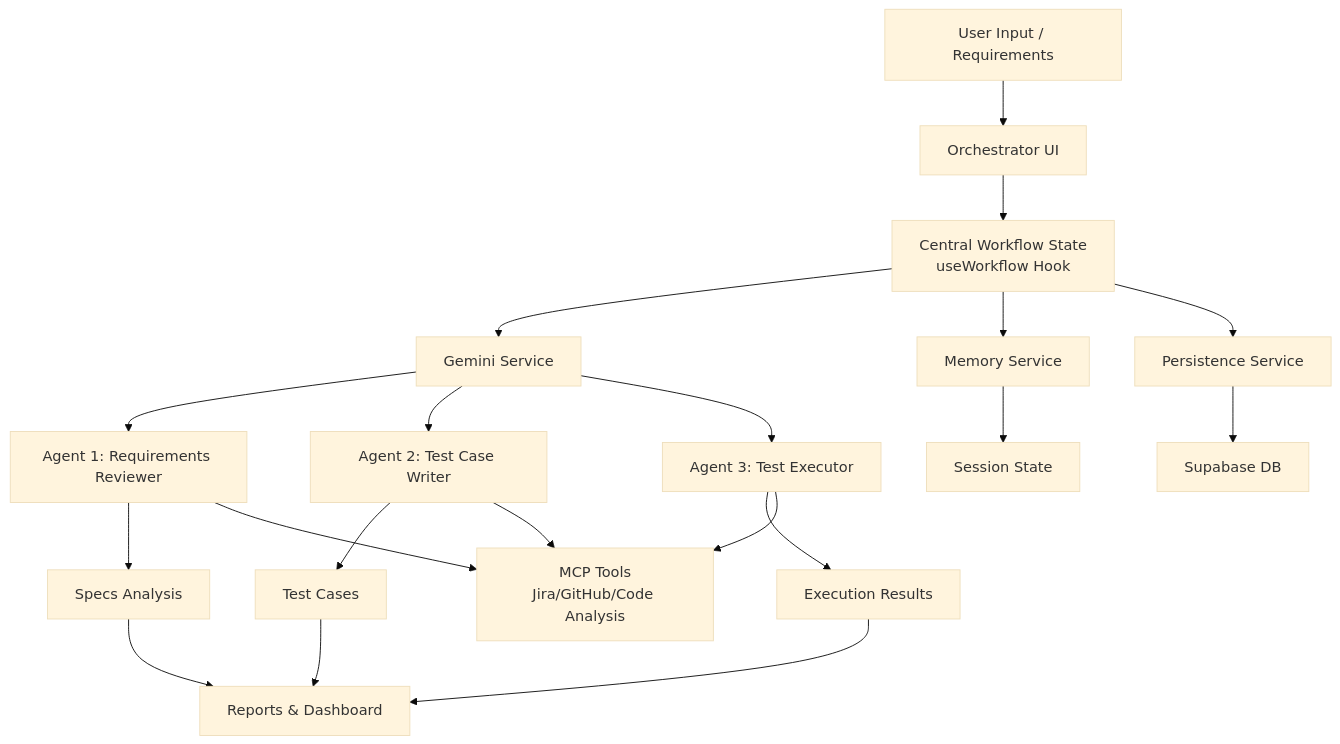
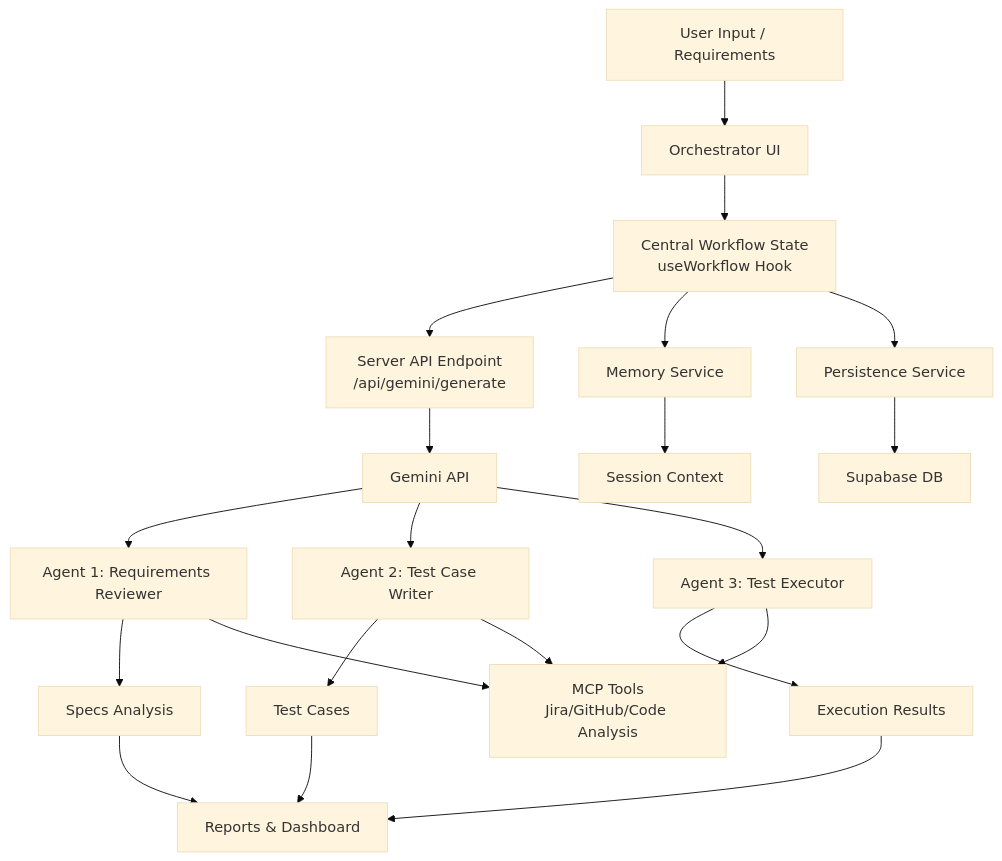
The diagram in docs/ARCHITECTURE.md (darshil0/qa-nexus-autonomous), drawn with Mermaid (base theme) before and after one commit. The commit also changed other lines of this file and 29 other files, not shown here.

First line of the commit message:
Security hardening, Gemini server API proxy, RLS migrations, and CI checks

````diff
--- a/docs/ARCHITECTURE.md
+++ b/docs/ARCHITECTURE.md
@@ -23,22 +25,23 @@
 ```mermaid
 flowchart TD
     A["User Input / Requirements"] --> B["Orchestrator UI"]
     B --> C["Central Workflow State<br/>useWorkflow Hook"]
-    C --> D["Gemini Service"]
-    D --> E["Agent 1: Requirements Reviewer"]
-    D --> F["Agent 2: Test Case Writer"]
-    D --> G["Agent 3: Test Executor"]
-    E --> H["Specs Analysis"]
-    F --> I["Test Cases"]
-    G --> J["Execution Results"]
-    H --> K["Reports & Dashboard"]
-    I --> K
-    J --> K
-    C --> L["Memory Service"]
-    C --> M["Persistence Service"]
-    L --> N["Session State"]
-    M --> O["Supabase DB"]
-    E --> P["MCP Tools<br/>Jira/GitHub/Code Analysis"]
-    F --> P
-    G --> P
+    C --> D["Server API Endpoint<br/>/api/gemini/generate"]
+    D --> E["Gemini API"]
+    E --> F["Agent 1: Requirements Reviewer"]
+    E --> G["Agent 2: Test Case Writer"]
+    E --> H["Agent 3: Test Executor"]
+    F --> I["Specs Analysis"]
+    G --> J["Test Cases"]
+    H --> K["Execution Results"]
+    I --> L["Reports & Dashboard"]
+    J --> L
+    K --> L
+    C --> M["Memory Service"]
+    C --> N["Persistence Service"]
+    M --> O["Session Context"]
+    N --> P["Supabase DB"]
+    F --> Q["MCP Tools<br/>Jira/GitHub/Code Analysis"]
+    G --> Q
+    H --> Q
 ```
````
